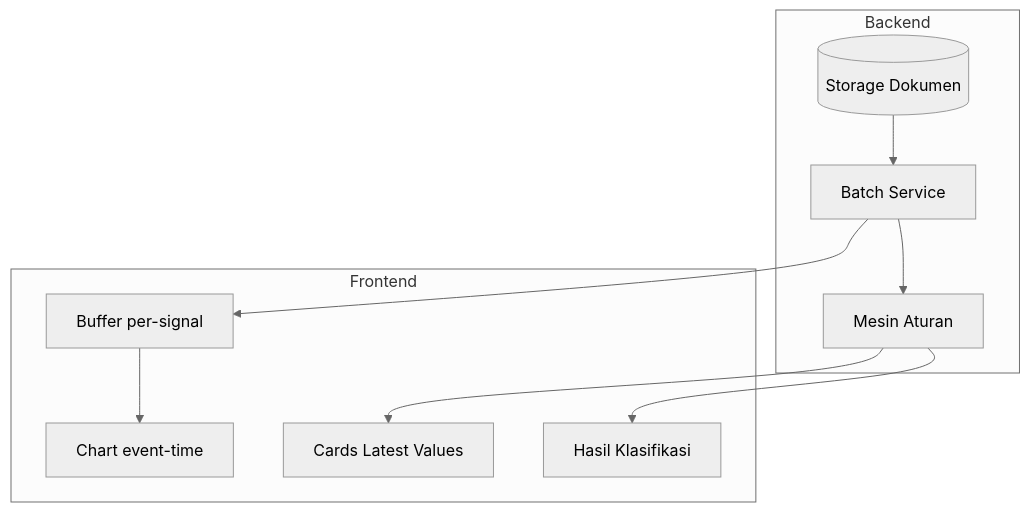
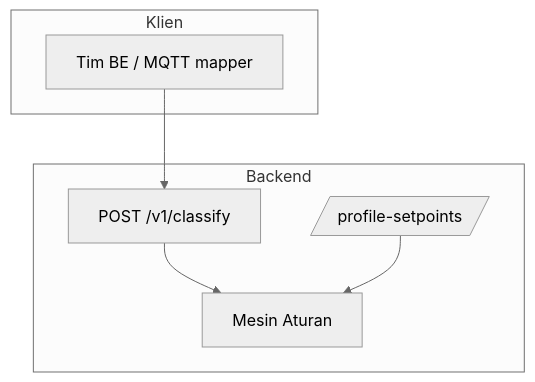
The diagram in App/service/classification/docs/02-architecture.md (edo-z/classify-pump-failure), drawn with Mermaid (neutral theme) before and after one commit. The commit also changed other lines of this file and 103 other files, not shown here.

````diff
--- a/App/service/classification/docs/02-architecture.md
+++ b/App/service/classification/docs/02-architecture.md
@@ -52,18 +57,13 @@
 ```mermaid
 flowchart TB
     subgraph Backend
+      V1[POST /v1/classify]
+      Settings[/profile-setpoints/]
       Engine[Mesin Aturan]
-      Batch[Batch Service]
-      Store[(Storage Dokumen)]
     end
-    subgraph Frontend
-      Buffer[Buffer per-signal]
-      Chart[Chart event-time]
-      Cards[Cards Latest Values]
-      Result[Hasil Klasifikasi]
+    subgraph Klien
+      BE[Tim BE / MQTT mapper]
     end
-    Store --> Batch --> Engine
-    Engine --> Result
-    Batch --> Buffer --> Chart
-    Engine --> Cards
+    BE --> V1 --> Engine
+    Settings --> Engine
 ```
````
